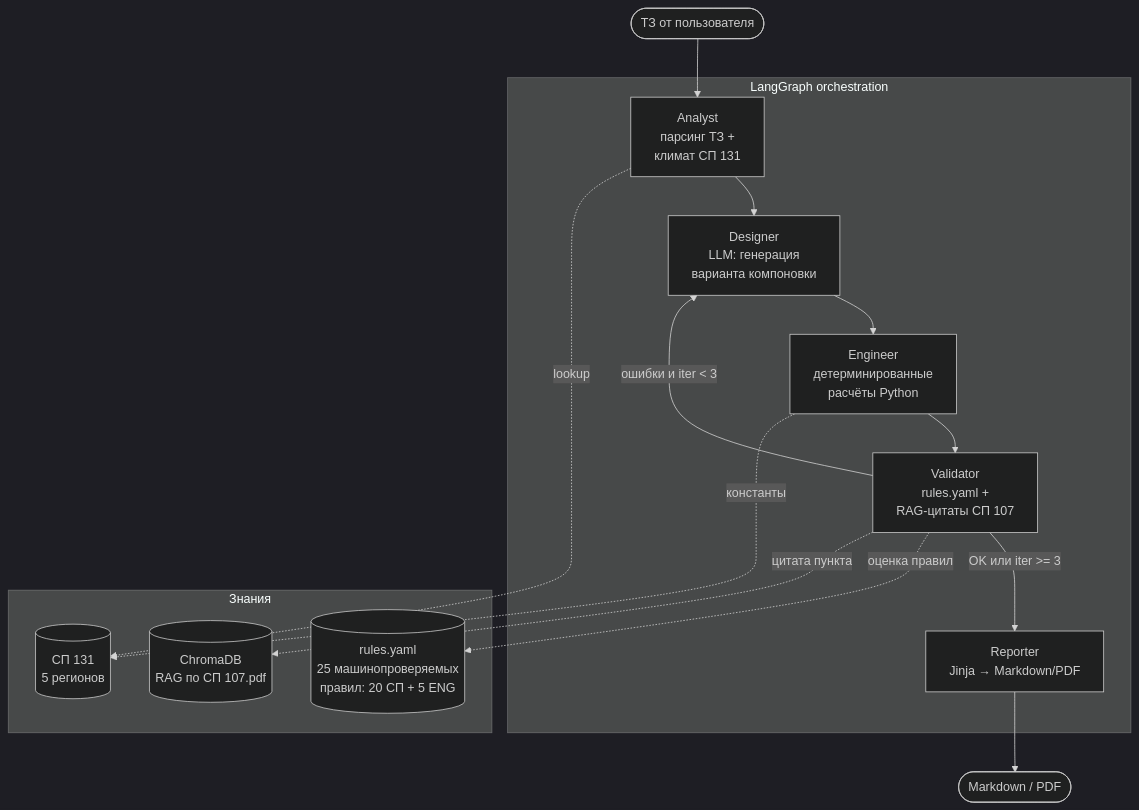
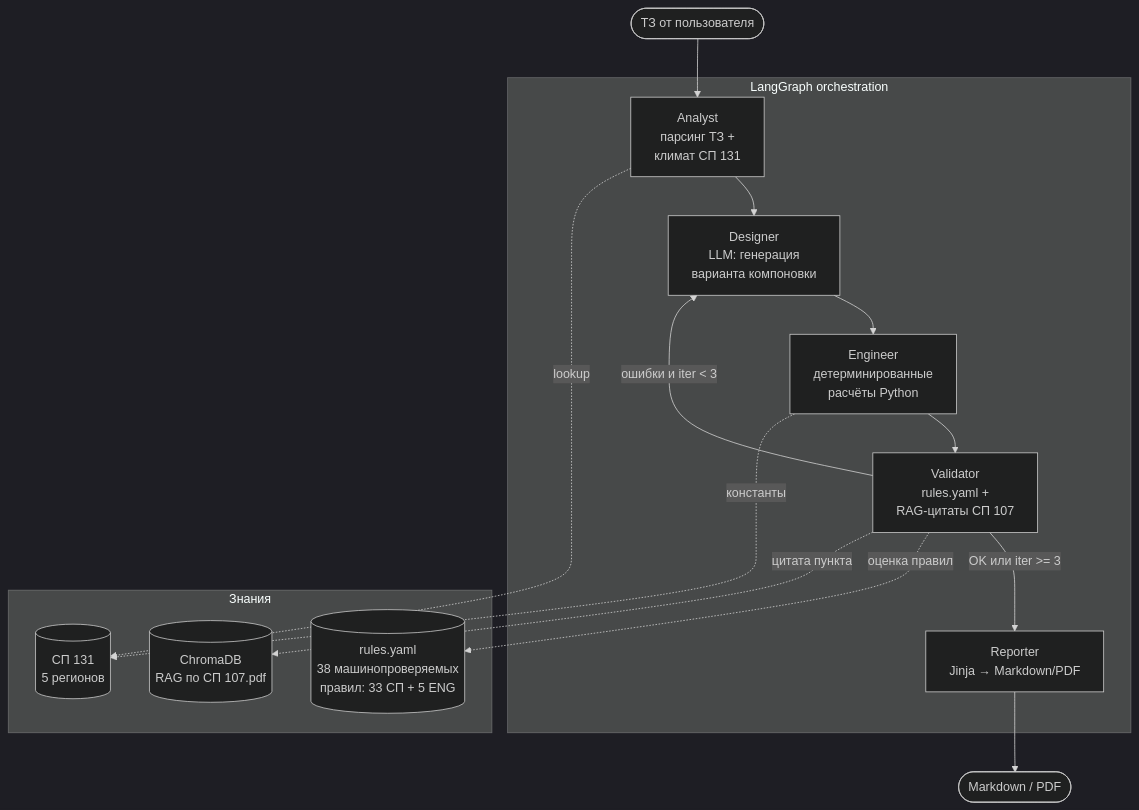
The diagram in README.md (JukPelme/agro-greenhouse-designer), drawn with Mermaid (dark theme) before and after one commit. The commit also changed other lines of this file and 17 other files, not shown here.

````diff
--- a/README.md
+++ b/README.md
@@ -35,31 +35,31 @@
 ```mermaid
 flowchart TD
     Brief([ТЗ от пользователя]) --> Analyst
 
     subgraph Graph[LangGraph orchestration]
         Analyst[Analyst<br/>парсинг ТЗ +<br/>климат СП 131]
         Designer[Designer<br/>LLM: генерация<br/>варианта компоновки]
         Engineer[Engineer<br/>детерминированные<br/>расчёты Python]
         Validator[Validator<br/>rules.yaml +<br/>RAG-цитаты СП 107]
         Reporter[Reporter<br/>Jinja → Markdown/PDF]
 
         Analyst --> Designer
         Designer --> Engineer
         Engineer --> Validator
         Validator -- ошибки и iter < 3 --> Designer
         Validator -- OK или iter >= 3 --> Reporter
     end
 
     subgraph Knowledge[Знания]
-        Rules[(rules.yaml<br/>25 машинопроверяемых<br/>правил: 20 СП + 5 ENG)]
+        Rules[(rules.yaml<br/>38 машинопроверяемых<br/>правил: 33 СП + 5 ENG)]
         Climate[(СП 131<br/>5 регионов)]
         SPIndex[(ChromaDB<br/>RAG по СП 107.pdf)]
     end
 
     Analyst -.->|lookup| Climate
     Engineer -.->|константы| Climate
     Validator -.->|оценка правил| Rules
     Validator -.->|цитата пункта| SPIndex
 
     Reporter --> Report([Markdown / PDF])
 ```
````
